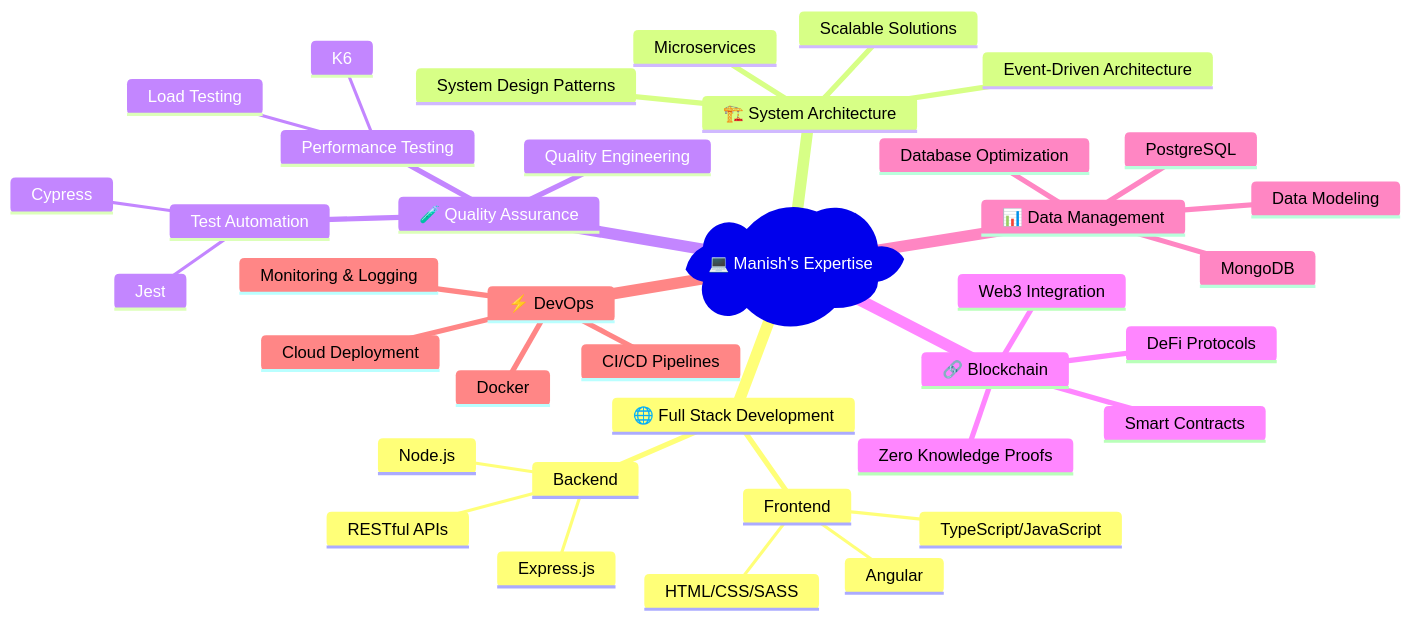
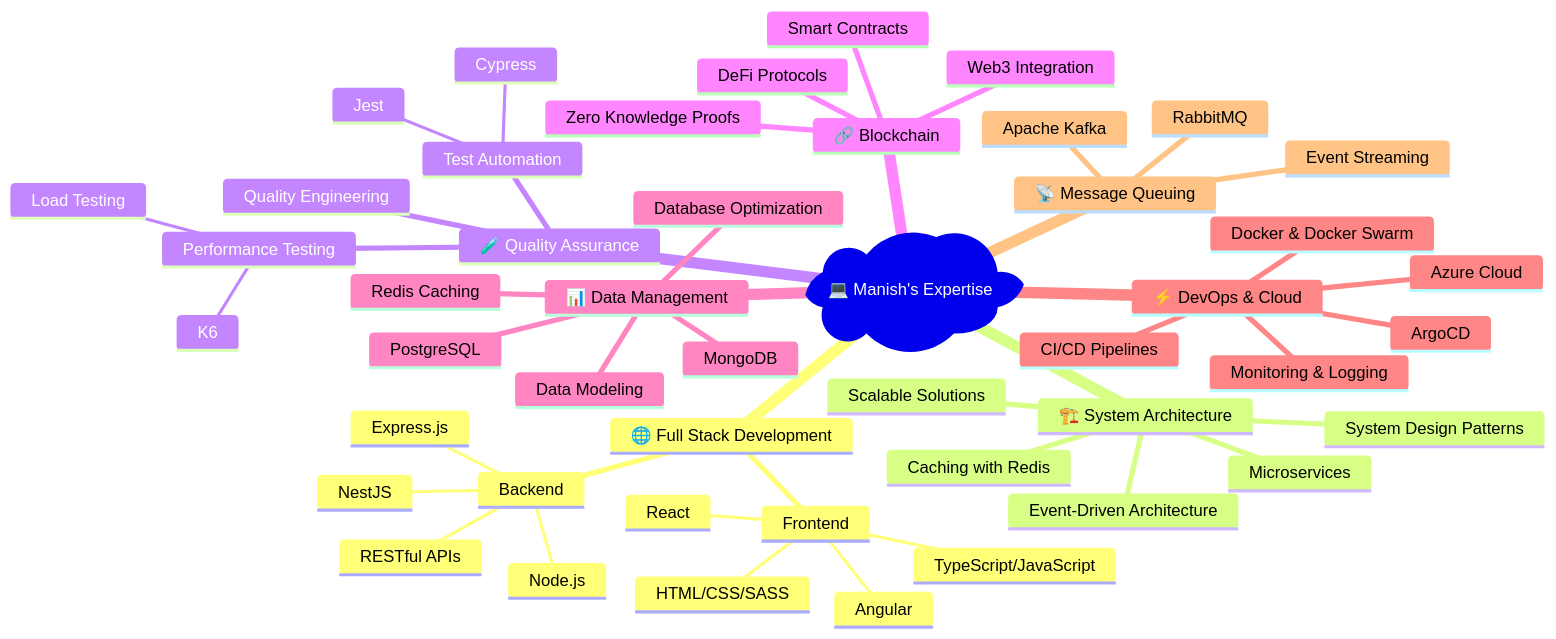
The diagram in README.md (manish0502/manish0502), drawn with Mermaid before and after one commit. The commit also changed other lines of this file, not shown here.

````diff
--- a/README.md
+++ b/README.md
@@ -124,41 +134,50 @@
 ```mermaid
 mindmap
   root)💻 Manish's Expertise(
     🌐 Full Stack Development
       Frontend
+        React
         Angular
         TypeScript/JavaScript
         HTML/CSS/SASS
       Backend
         Node.js
+        NestJS
         Express.js
         RESTful APIs
     🏗️ System Architecture
       Event-Driven Architecture
       Microservices
       System Design Patterns
       Scalable Solutions
+      Caching with Redis
     🧪 Quality Assurance
       Test Automation
         Cypress
         Jest
       Performance Testing
         K6
         Load Testing
       Quality Engineering
     🔗 Blockchain
       Smart Contracts
       DeFi Protocols
       Web3 Integration
       Zero Knowledge Proofs
     📊 Data Management
       MongoDB
       PostgreSQL
+      Redis Caching
       Data Modeling
       Database Optimization
-    ⚡ DevOps
-      Docker
+    ⚡ DevOps & Cloud
+      Docker & Docker Swarm
+      ArgoCD
+      Azure Cloud
       CI/CD Pipelines
-      Cloud Deployment
       Monitoring & Logging
+    📡 Message Queuing
+      Apache Kafka
+      RabbitMQ
+      Event Streaming
 ```
````
